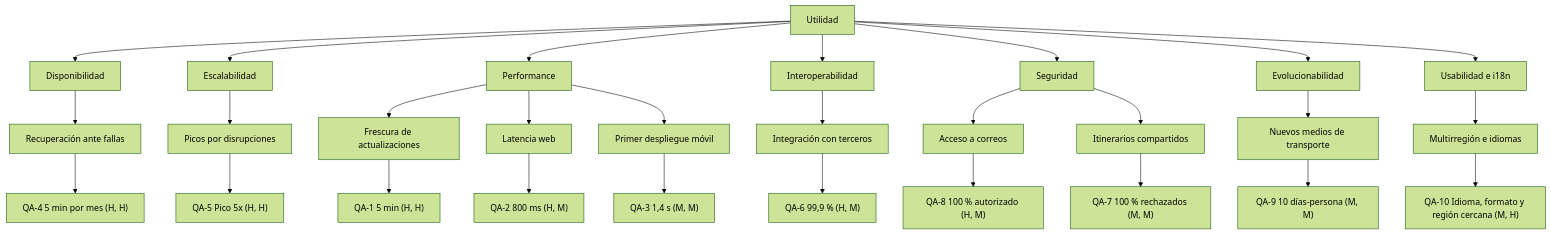
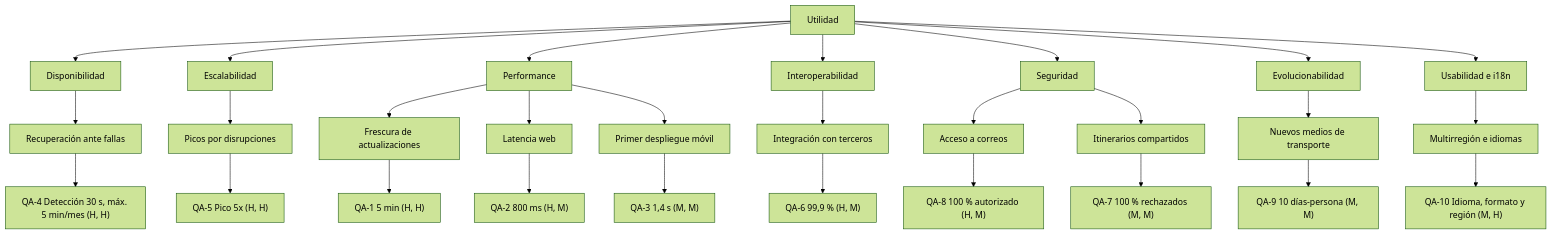
One commit to TadeoBrun1/TPE_software changed the diagram in trotamundos/docs/00-requirements/utility-tree.md. Above: the diagram before and after it, drawn with Mermaid (forest theme). The commit also changed other lines of this file and 6 other files, not shown here.

````diff
--- a/trotamundos/docs/00-requirements/utility-tree.md
+++ b/trotamundos/docs/00-requirements/utility-tree.md
@@ -25,31 +25,31 @@
 ```mermaid
 flowchart TD
     U["Utilidad"] --> D["Disponibilidad"]
     U --> S["Escalabilidad"]
     U --> P["Performance"]
     U --> I["Interoperabilidad"]
     U --> G["Seguridad"]
     U --> E["Evolucionabilidad"]
     U --> X["Usabilidad e i18n"]
 
     D --> D1["Recuperación ante fallas"]
-    D1 --> QA4["QA-4 5 min por mes (H, H)"]
+    D1 --> QA4["QA-4 Detección 30 s, máx. 5 min/mes (H, H)"]
     S --> S1["Picos por disrupciones"]
     S1 --> QA5["QA-5 Pico 5x (H, H)"]
     P --> P1["Frescura de actualizaciones"]
     P1 --> QA1["QA-1 5 min (H, H)"]
     P --> P2["Latencia web"]
     P2 --> QA2["QA-2 800 ms (H, M)"]
     P --> P3["Primer despliegue móvil"]
     P3 --> QA3["QA-3 1,4 s (M, M)"]
     I --> I1["Integración con terceros"]
     I1 --> QA6["QA-6 99,9 % (H, M)"]
     G --> G1["Acceso a correos"]
     G1 --> QA8["QA-8 100 % autorizado (H, M)"]
     G --> G2["Itinerarios compartidos"]
     G2 --> QA7["QA-7 100 % rechazados (M, M)"]
     E --> E1["Nuevos medios de transporte"]
     E1 --> QA9["QA-9 10 días-persona (M, M)"]
     X --> X1["Multirregión e idiomas"]
-    X1 --> QA10["QA-10 Idioma, formato y región cercana (M, H)"]
+    X1 --> QA10["QA-10 Idioma, formato y región (M, H)"]
 ```
````
